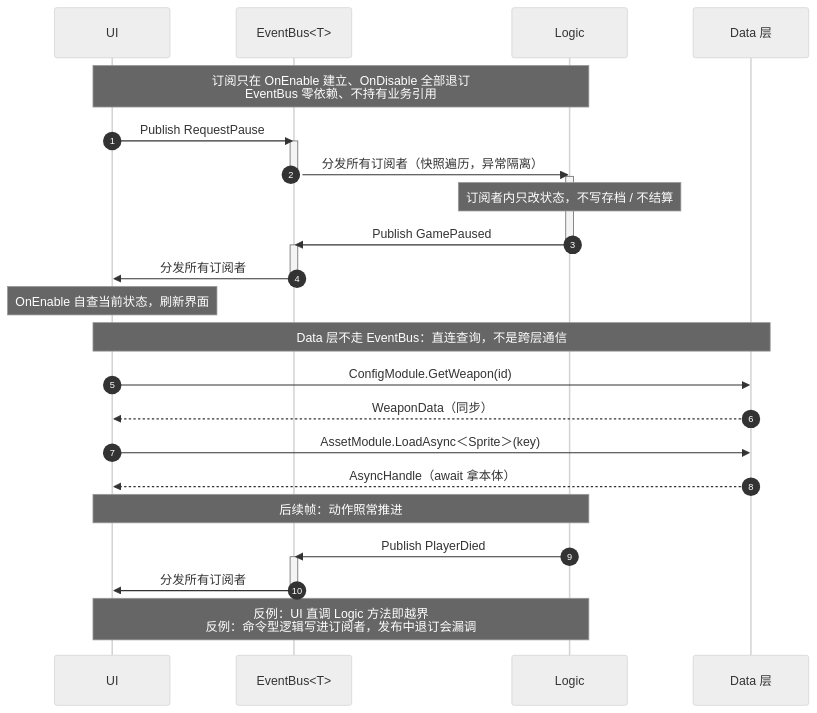
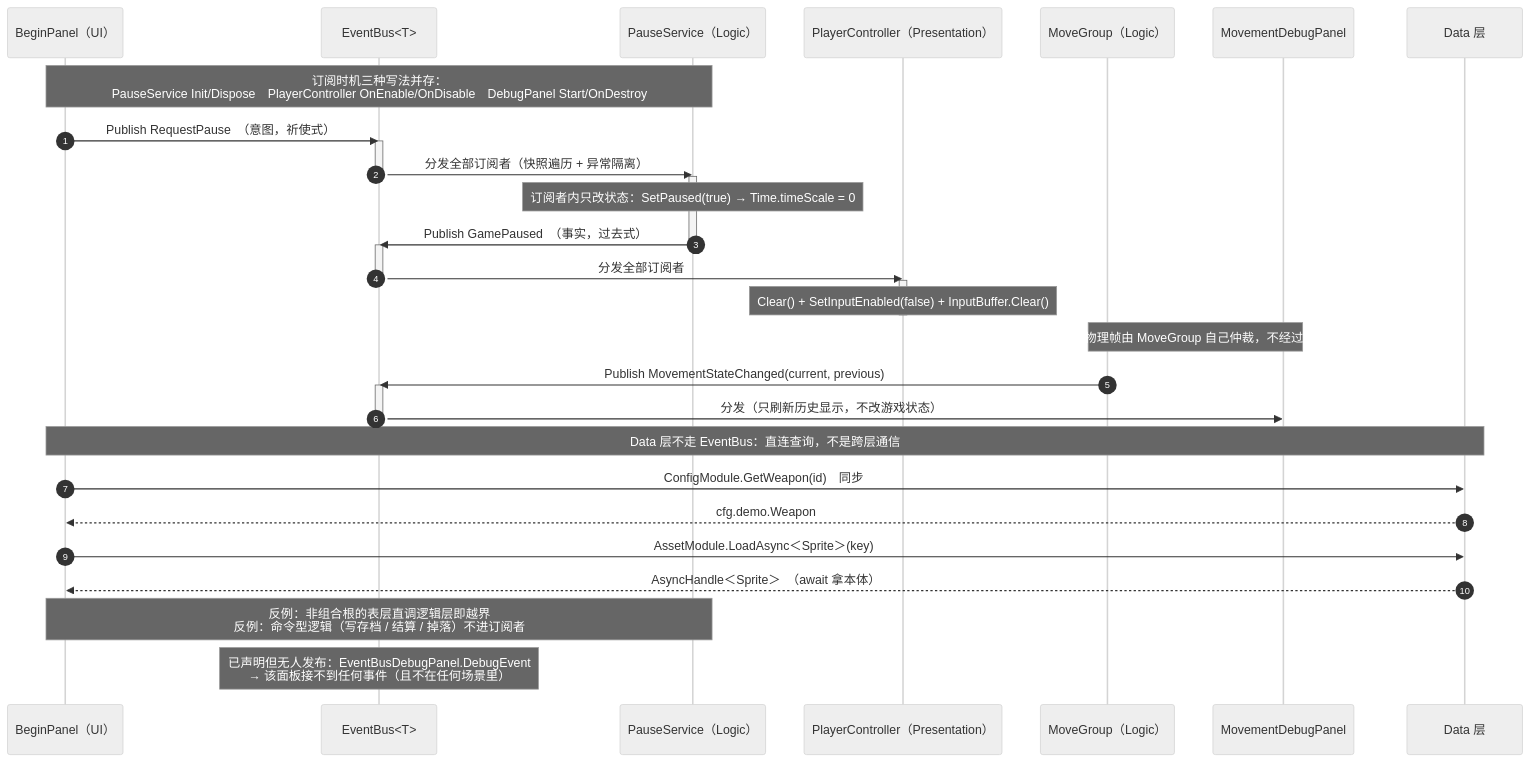
One commit to 5FYZhou/deepseaoil changed the fifth of 8 diagrams in Docs/框架设计/框架蓝图.md. Above: the diagram before and after it, drawn with Mermaid (neutral theme). The commit also changed other lines of this file and 7 other files, not shown here.

First line of the commit message:
docs(framework): 蓝图并入上游逻辑层事实；新增 §15 现状 / §16 缺陷登记；图源与图块同步

````diff
--- a/Docs/框架设计/框架蓝图.md
+++ b/Docs/框架设计/框架蓝图.md
@@ -414,37 +504,43 @@
 ```mermaid
 sequenceDiagram
   autonumber
-  participant UI as UI
+  participant UI as BeginPanel（UI）
   participant Bus as EventBus<T>
-  participant Logic as Logic
+  participant Pause as PauseService（Logic）
+  participant PC as PlayerController（Presentation）
+  participant Move as MoveGroup（Logic）
+  participant Dbg as MovementDebugPanel
   participant Data as Data 层
 
-  Note over UI,Logic: 订阅只在 OnEnable 建立、OnDisable 全部退订<br/>EventBus 零依赖、不持有业务引用
+  Note over UI,Pause: 订阅时机三种写法并存：<br/>PauseService Init/Dispose　PlayerController OnEnable/OnDisable　DebugPanel Start/OnDestroy
 
-  UI->>Bus: Publish RequestPause
+  UI->>Bus: Publish RequestPause　（意图，祈使式）
   activate Bus
-  Bus->>Logic: 分发所有订阅者（快照遍历，异常隔离）
+  Bus->>Pause: 分发全部订阅者（快照遍历 + 异常隔离）
   deactivate Bus
-  activate Logic
-  Note over Logic: 订阅者内只改状态，不写存档 / 不结算
-  Logic->>Bus: Publish GamePaused
-  deactivate Logic
+  activate Pause
+  Note over Pause: 订阅者内只改状态：SetPaused(true) → Time.timeScale = 0
+  Pause->>Bus: Publish GamePaused　（事实，过去式）
+  deactivate Pause
   activate Bus
-  Bus->>UI: 分发所有订阅者
+  Bus->>PC: 分发全部订阅者
   deactivate Bus
-  Note over UI: OnEnable 自查当前状态，刷新界面
+  activate PC
+  Note over PC: Clear() + SetInputEnabled(false) + InputBuffer.Clear()
+  deactivate PC
+
+  Note over Move,Dbg: 每物理帧由 MoveGroup 自己仲裁，不经过 UI
+  Move->>Bus: Publish MovementStateChanged(current, previous)
+  activate Bus
+  Bus->>Dbg: 分发（只刷新历史显示，不改游戏状态）
+  deactivate Bus
 
   Note over UI,Data: Data 层不走 EventBus：直连查询，不是跨层通信
-  UI->>Data: ConfigModule.GetWeapon(id)
-  Data-->>UI: WeaponData（同步）
+  UI->>Data: ConfigModule.GetWeapon(id)　同步
+  Data-->>UI: cfg.demo.Weapon
   UI->>Data: AssetModule.LoadAsync＜Sprite＞(key)
-  Data-->>UI: AsyncHandle（await 拿本体）
+  Data-->>UI: AsyncHandle＜Sprite＞　（await 拿本体）
 
-  Note over UI,Logic: 后续帧：动作照常推进
-  Logic->>Bus: Publish PlayerDied
-  activate Bus
-  Bus->>UI: 分发所有订阅者
-  deactivate Bus
-
-  Note over UI,Logic: 反例：UI 直调 Logic 方法即越界<br/>反例：命令型逻辑写进订阅者，发布中退订会漏调
+  Note over UI,Pause: 反例：非组合根的表层直调逻辑层即越界<br/>反例：命令型逻辑（写存档 / 结算 / 掉落）不进订阅者
+  Note over Bus: 已声明但无人发布：EventBusDebugPanel.DebugEvent<br/>→ 该面板接不到任何事件（且不在任何场景里）
 ```
````
